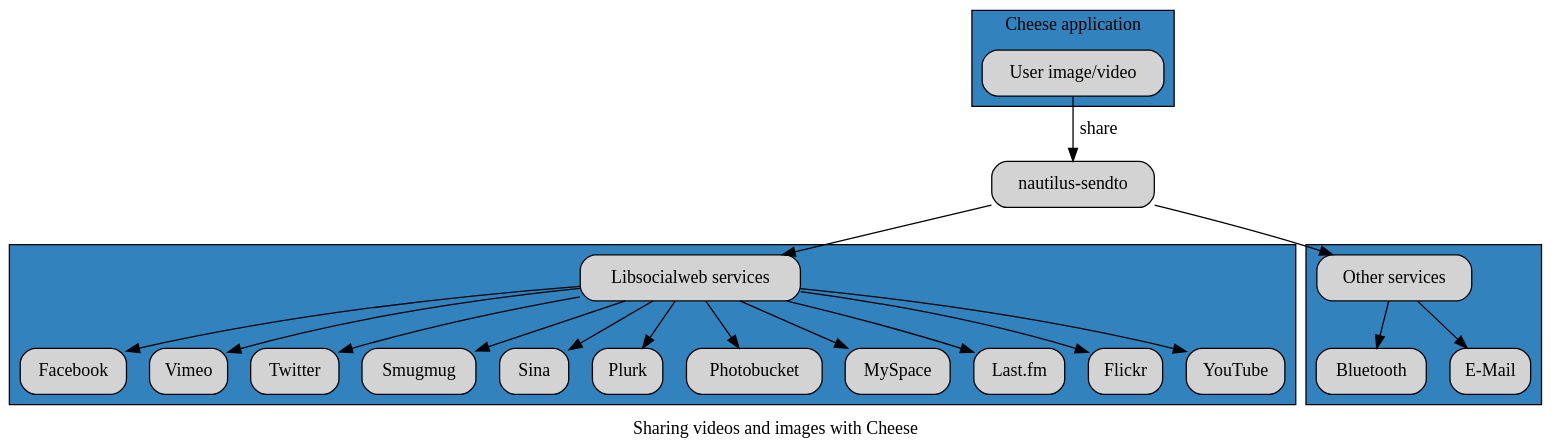
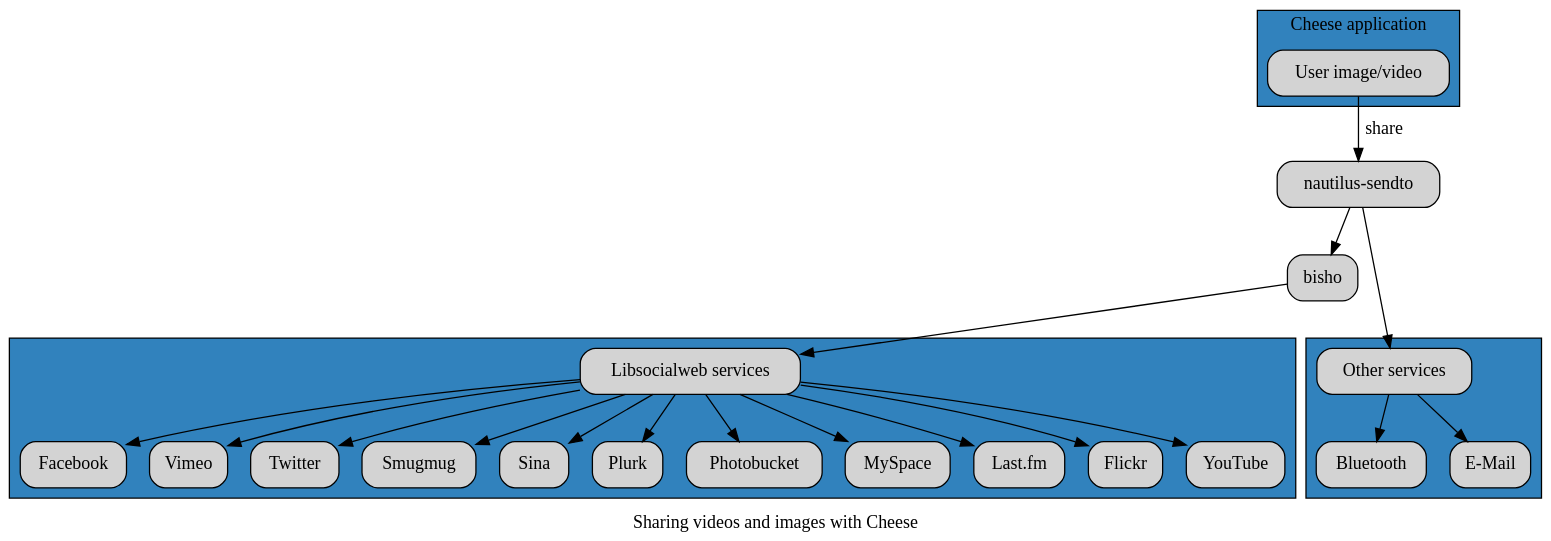
One commit to Patriciasc/graphviz-graphs changed the diagram in cheese/cheese_nautilus_sendto.dot. Above: the diagram before and after it, drawn with Graphviz.

Commit message:
Update with Bisho

```diff
--- a/cheese/cheese_nautilus_sendto.dot
+++ b/cheese/cheese_nautilus_sendto.dot
@@ -1,72 +1,75 @@
 digraph Cheese_Sharing_Objects
 {
   colorscheme="blues5";
   node [shape="box" style="filled,rounded"];
 
   subgraph cluster_cheese_application
   {
       label="Cheese application";
       style="filled";
       fillcolor="4";
 
       cheese_object     [label="User image/video"];
   }
 
   nautilus_sendto [label="nautilus-sendto"];
+  bisho           [label="bisho"];
 
   subgraph cluster_libsocialweb_services
   {
       label="";
       style="filled";
       fillcolor="4";
 
 
       libsocialweb_services    [label="Libsocialweb services"];
       libsocialweb_FB          [label="Facebook"];
       libsocialweb_Vimeo       [label="Vimeo"];
       libsocialweb_Twitter     [label="Twitter"];
       libsocialweb_Smugmug     [label="Smugmug"];
       libsocialweb_Sina        [label="Sina"];
       libsocialweb_Plurk       [label="Plurk"];
       libsocialweb_Photobucket [label="Photobucket"];
       libsocialweb_MySpace     [label="MySpace"];
       libsocialweb_LastFm      [label="Last.fm"];
       libsocialweb_Flickr      [label="Flickr"];
       libsocialweb_YouTube     [label="YouTube"];
 
       /* Internal connections */
       libsocialweb_services->libsocialweb_FB
       libsocialweb_services->libsocialweb_Vimeo
       libsocialweb_services->libsocialweb_Twitter
       libsocialweb_services->libsocialweb_Smugmug
       libsocialweb_services->libsocialweb_Sina
       libsocialweb_services->libsocialweb_Plurk
       libsocialweb_services->libsocialweb_Photobucket
       libsocialweb_services->libsocialweb_MySpace
       libsocialweb_services->libsocialweb_LastFm
       libsocialweb_services->libsocialweb_Flickr
       libsocialweb_services->libsocialweb_YouTube 
   }
 
   subgraph cluster_other_services
   {
       label="";
       style="filled";
       fillcolor="4";
 
       other_services [label="Other services"];
       bluetooth      [label="Bluetooth"];
       e_mail         [label="E-Mail"];
 
      /* Internal connections */
      other_services->bluetooth
      other_services->e_mail
   }
   
   /* Connections */
   cheese_object->nautilus_sendto [label="share"];
-  nautilus_sendto->libsocialweb_services
+  nautilus_sendto->bisho
+  bisho->libsocialweb_services
+  bisho->other_services [color="transparent"];
   nautilus_sendto->other_services
 
   graph [label="Sharing videos and images with Cheese" bgcolor="transparent"];
 }
```
